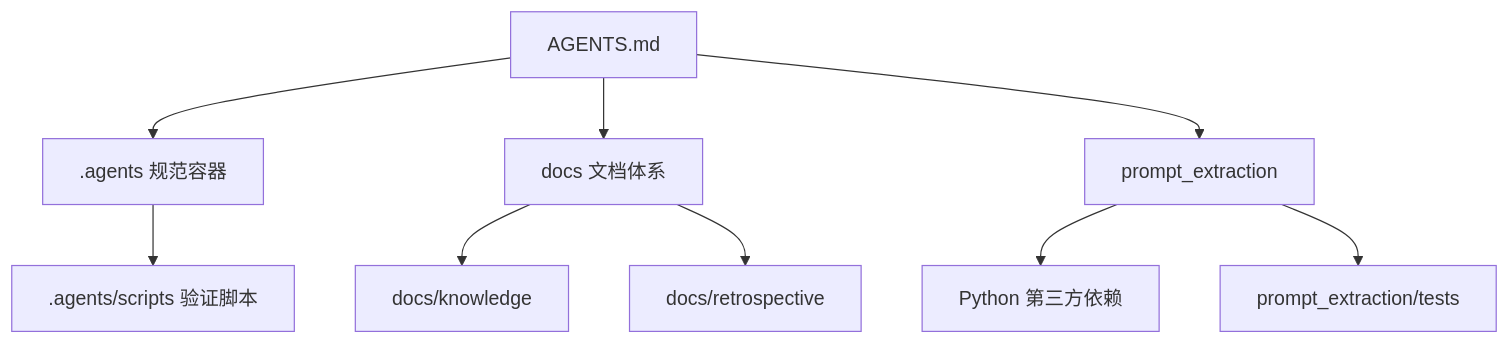
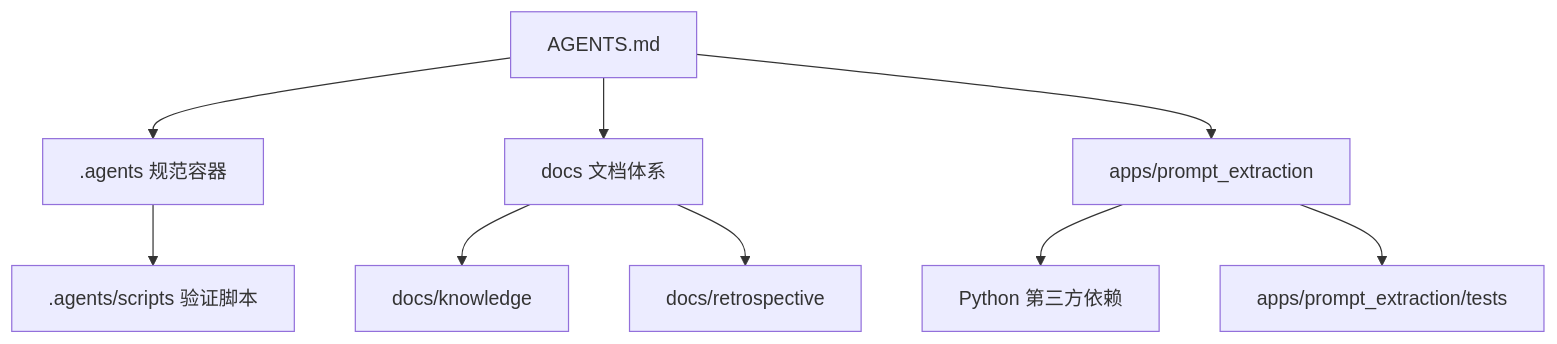
The first of 5 diagrams in .agents/docs/code-wiki/dependencies.md (xinetzone/SpecWeave), drawn with Mermaid before and after one commit. The commit also changed other lines of this file and 100 other files, not shown here.

````diff
--- a/.agents/docs/code-wiki/dependencies.md
+++ b/.agents/docs/code-wiki/dependencies.md
@@ -12,11 +12,11 @@
 ```mermaid
 flowchart TB
     A[AGENTS.md] --> B[".agents 规范容器"]
     A --> C["docs 文档体系"]
-    A --> D[prompt_extraction]
+    A --> D[apps/prompt_extraction]
     B --> E[".agents/scripts 验证脚本"]
     C --> F[docs/knowledge]
     C --> G[docs/retrospective]
     D --> H["Python 第三方依赖"]
-    D --> I[prompt_extraction/tests]
+    D --> I[apps/prompt_extraction/tests]
 ```
````
